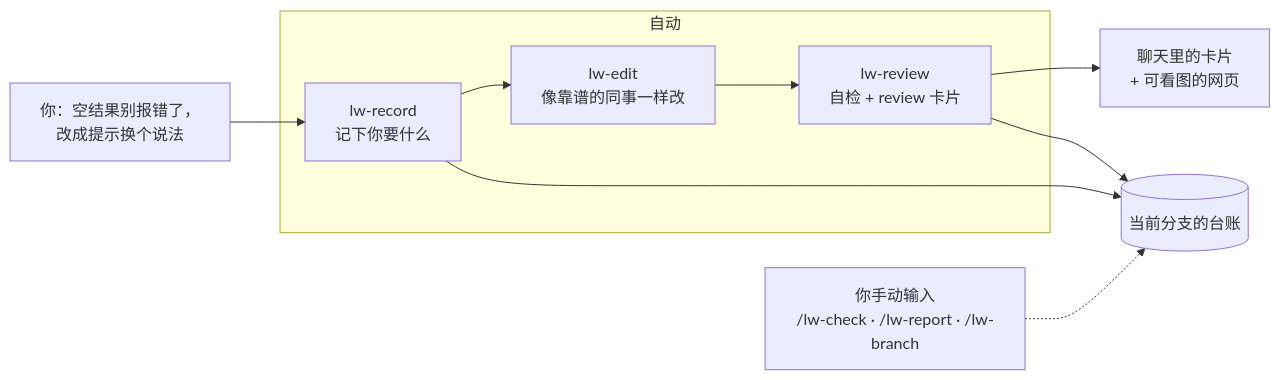
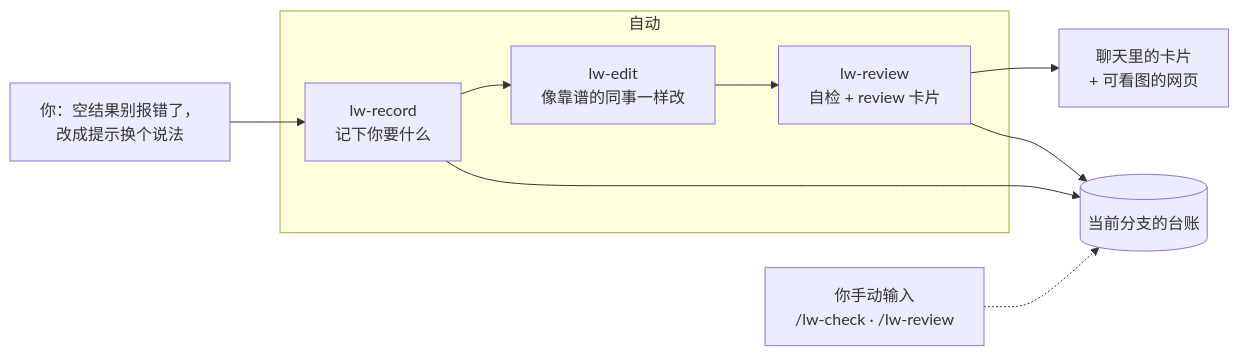
Before and after one commit to fahcode/ai-light-work: the diagram in README.md, drawn with Mermaid. The commit also changed other lines of this file and 16 other files, not shown here.

````diff
--- a/README.md
+++ b/README.md
@@ -140,13 +140,13 @@
 ```mermaid
 flowchart LR
   U["你：空结果别报错了，<br/>改成提示换个说法"] --> R
   subgraph 自动
     R["lw-record<br/>记下你要什么"]
     E["lw-edit<br/>像靠谱的同事一样改"]
     C["lw-review<br/>自检 + review 卡片"]
     R --> E --> C
   end
   C --> V["聊天里的卡片<br/>+ 可看图的网页"]
-  M["你手动输入<br/>/lw-check · /lw-report · /lw-branch"] -.-> L[("当前分支的台账")]
+  M["你手动输入<br/>/lw-check · /lw-review"] -.-> L[("当前分支的台账")]
   R & C --> L
 ```
````
